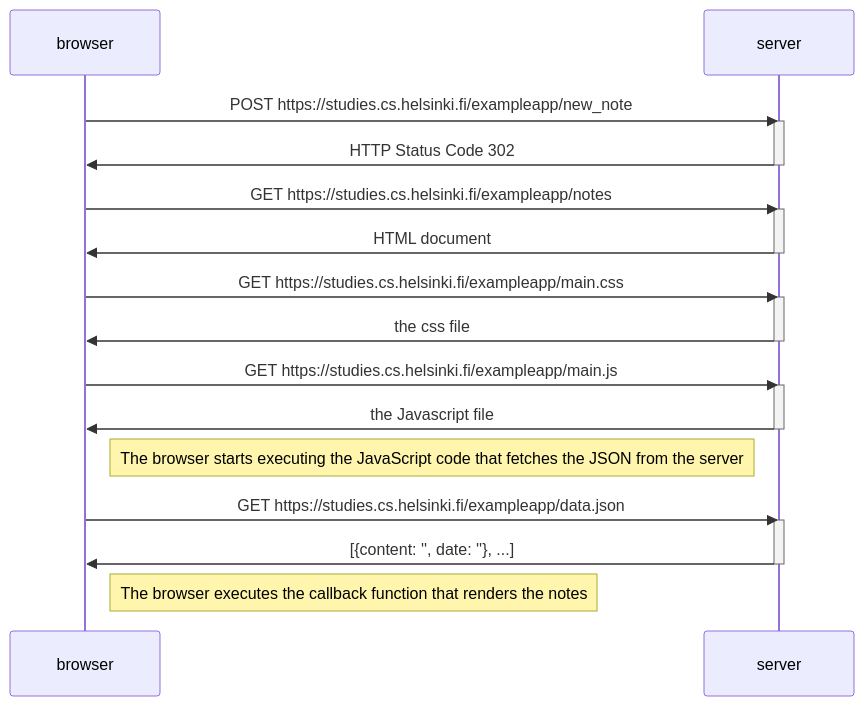
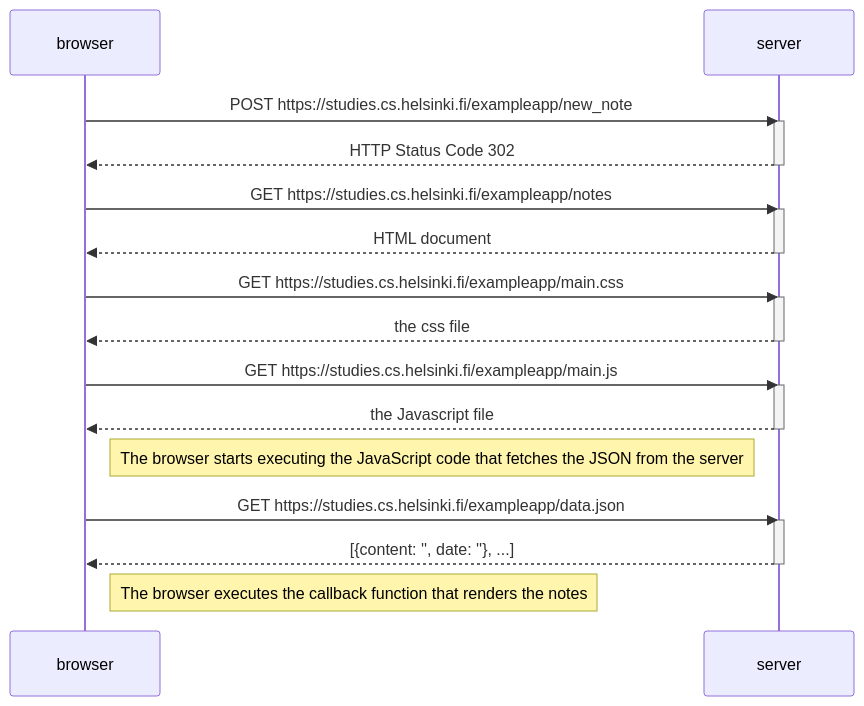
One commit to HunterOB/Part-Zero changed the diagram in 0.4-note-diagram.md. Above: the diagram before and after it, drawn with Mermaid. The commit also changed 1 other file, not shown here.

Commit message:
diagram 0.5

````diff
--- a/0.4-note-diagram.md
+++ b/0.4-note-diagram.md
@@ -1,38 +1,38 @@
 ```mermaid
 
 sequenceDiagram
     participant browser
     participant server
 
 
     browser->>server: POST https://studies.cs.helsinki.fi/exampleapp/new_note
     activate server
-    server->>browser: HTTP Status Code 302
+    server-->>browser: HTTP Status Code 302
     deactivate server
 
 
     browser->>server: GET https://studies.cs.helsinki.fi/exampleapp/notes
     activate server
-    server->>browser: HTML document
+    server-->>browser: HTML document
     deactivate server
 
     browser->>server: GET https://studies.cs.helsinki.fi/exampleapp/main.css
     activate server
-    server->>browser: the css file
+    server-->>browser: the css file
     deactivate server
 
     browser->>server: GET https://studies.cs.helsinki.fi/exampleapp/main.js
     activate server
-    server->>browser: the Javascript file
+    server-->>browser: the Javascript file
     deactivate server
 
     Note right of browser: The browser starts executing the JavaScript code that fetches the JSON from the server
 
     browser->>server: GET https://studies.cs.helsinki.fi/exampleapp/data.json
     activate server
-    server->>browser: [{content: '', date: ''}, ...]
+    server-->>browser: [{content: '', date: ''}, ...]
     deactivate server
 
     Note right of browser: The browser executes the callback function that renders the notes
 
 ```
````
